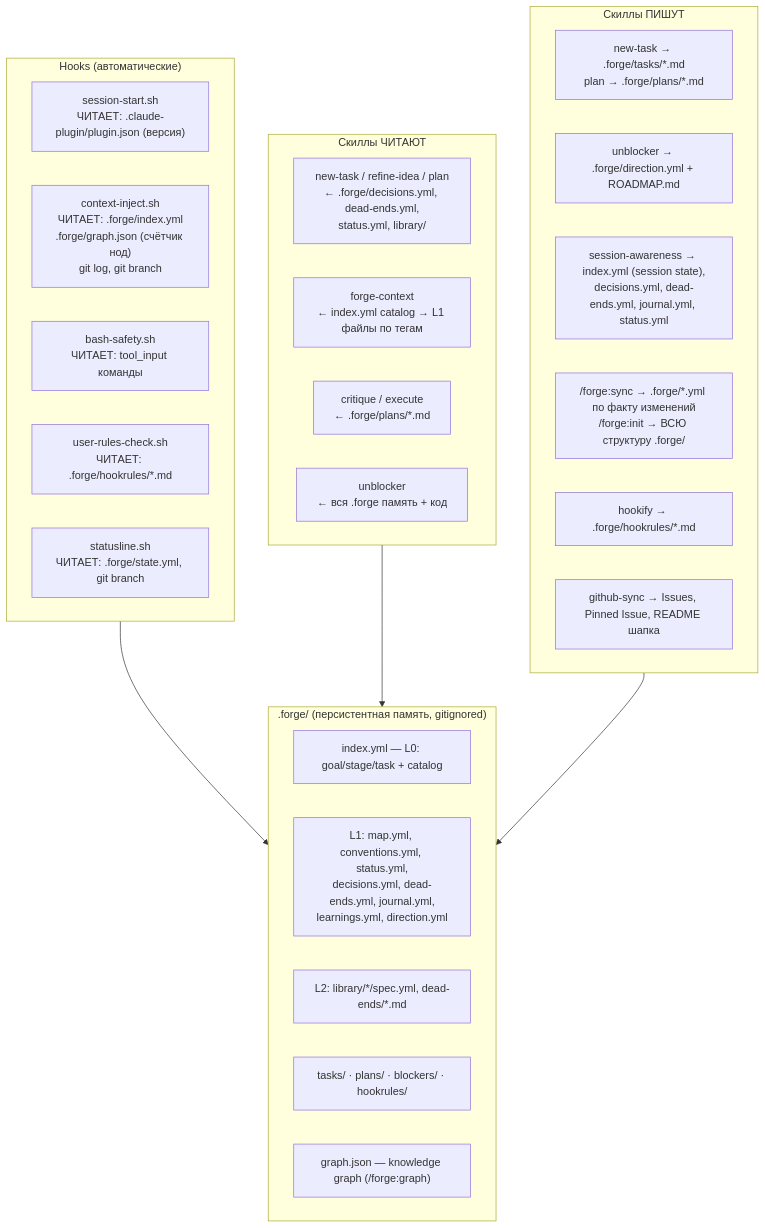
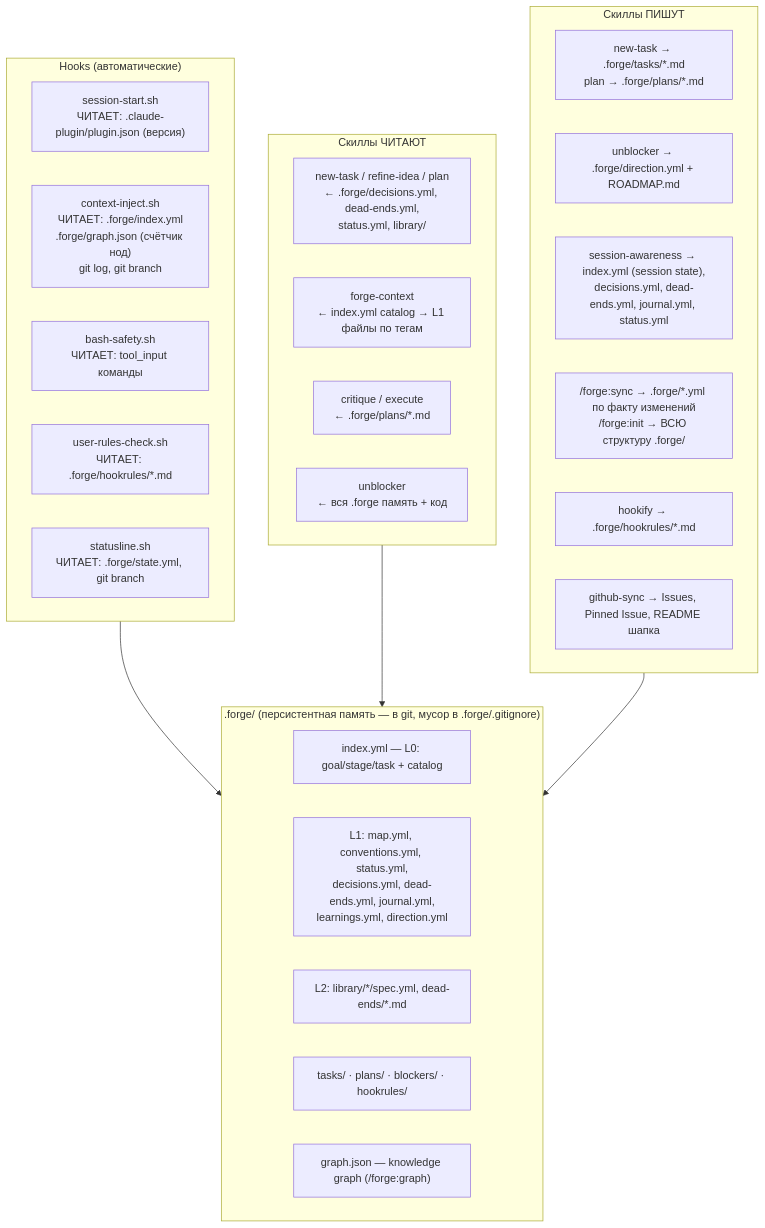
One commit to anton-ai5010/forge changed the fourth of 4 diagrams in forge-plugin/docs/forge-runtime-flow.md. Above: the diagram before and after it, drawn with Mermaid. The commit also changed other lines of this file and 7 other files, not shown here.

````diff
--- a/forge-plugin/docs/forge-runtime-flow.md
+++ b/forge-plugin/docs/forge-runtime-flow.md
@@ -184,38 +184,38 @@
 ```mermaid
 flowchart TB
     subgraph HOOKS["Hooks (автоматические)"]
         H1["session-start.sh<br/>ЧИТАЕТ: .claude-plugin/plugin.json (версия)"]
         H2["context-inject.sh<br/>ЧИТАЕТ: .forge/index.yml<br/>.forge/graph.json (счётчик нод)<br/>git log, git branch"]
         H3["bash-safety.sh<br/>ЧИТАЕТ: tool_input команды"]
         H4["user-rules-check.sh<br/>ЧИТАЕТ: .forge/hookrules/*.md"]
         H5["statusline.sh<br/>ЧИТАЕТ: .forge/state.yml, git branch"]
     end
 
     subgraph SKILLS_READ["Скиллы ЧИТАЮТ"]
         SR1["new-task / refine-idea / plan<br/>← .forge/decisions.yml, dead-ends.yml,<br/>status.yml, library/"]
         SR2["forge-context<br/>← index.yml catalog → L1 файлы по тегам"]
         SR3["critique / execute<br/>← .forge/plans/*.md"]
         SR4["unblocker<br/>← вся .forge память + код"]
     end
 
     subgraph SKILLS_WRITE["Скиллы ПИШУТ"]
         SW1["new-task → .forge/tasks/*.md<br/>plan → .forge/plans/*.md"]
         SW2["unblocker → .forge/direction.yml + ROADMAP.md"]
         SW3["session-awareness → index.yml (session state),<br/>decisions.yml, dead-ends.yml, journal.yml, status.yml"]
         SW4["/forge:sync → .forge/*.yml по факту изменений<br/>/forge:init → ВСЮ структуру .forge/"]
         SW5["hookify → .forge/hookrules/*.md"]
         SW6["github-sync → Issues, Pinned Issue, README шапка"]
     end
 
-    subgraph DOCS[".forge/ (персистентная память, gitignored)"]
+    subgraph DOCS[".forge/ (персистентная память — в git, мусор в .forge/.gitignore)"]
         D1["index.yml — L0: goal/stage/task + catalog"]
         D2["L1: map.yml, conventions.yml, status.yml,<br/>decisions.yml, dead-ends.yml, journal.yml,<br/>learnings.yml, direction.yml"]
         D3["L2: library/*/spec.yml, dead-ends/*.md"]
         D4["tasks/ · plans/ · blockers/ · hookrules/"]
         D5["graph.json — knowledge graph (/forge:graph)"]
     end
 
     HOOKS --> DOCS
     SKILLS_READ --> DOCS
     SKILLS_WRITE --> DOCS
 ```
````
